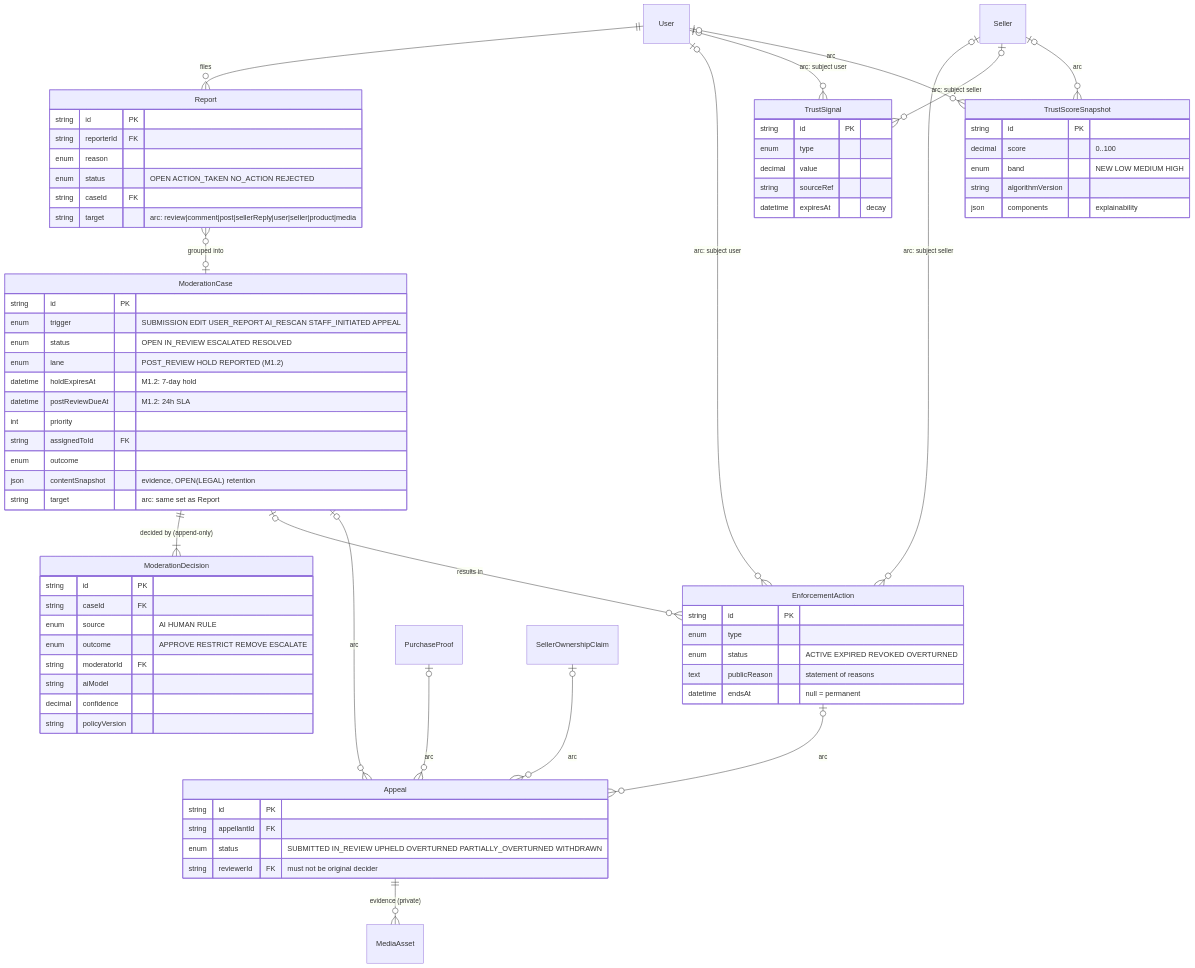
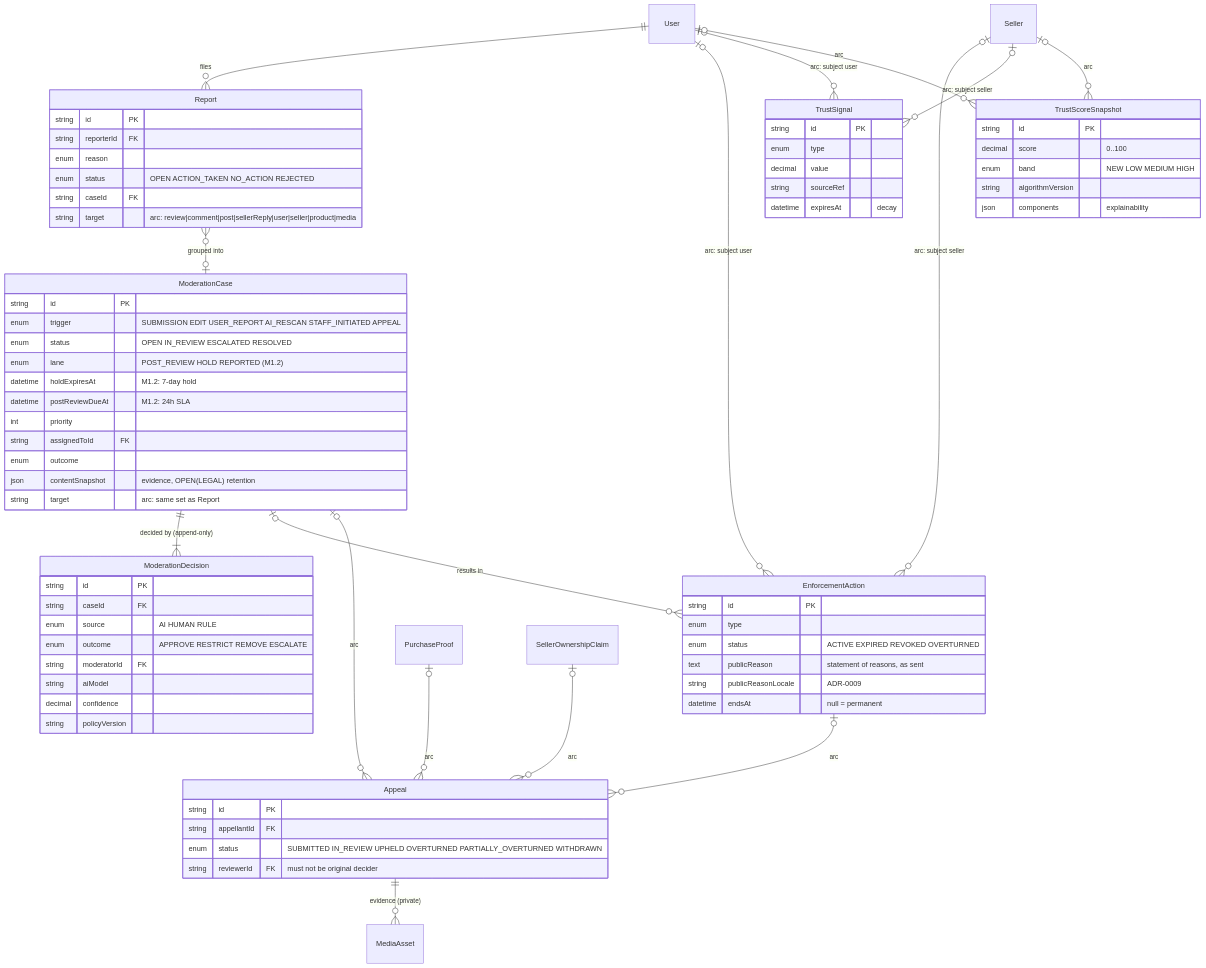
One commit to adeel4166/review-platform changed the sixth of 8 diagrams in docs/architecture/data-model.md. Above: the diagram before and after it, drawn with Mermaid. The commit also changed other lines of this file and 16 other files, not shown here.

````diff
--- a/docs/architecture/data-model.md
+++ b/docs/architecture/data-model.md
@@ -342,77 +346,78 @@
 ```mermaid
 erDiagram
   User ||--o{ Report : "files"
   Report }o--o| ModerationCase : "grouped into"
   ModerationCase ||--|{ ModerationDecision : "decided by (append-only)"
   ModerationCase |o--o{ EnforcementAction : "results in"
   User |o--o{ EnforcementAction : "arc: subject user"
   Seller |o--o{ EnforcementAction : "arc: subject seller"
   EnforcementAction |o--o{ Appeal : "arc"
   ModerationCase |o--o{ Appeal : "arc"
   PurchaseProof |o--o{ Appeal : "arc"
   SellerOwnershipClaim |o--o{ Appeal : "arc"
   Appeal ||--o{ MediaAsset : "evidence (private)"
   User |o--o{ TrustSignal : "arc: subject user"
   Seller |o--o{ TrustSignal : "arc: subject seller"
   User |o--o{ TrustScoreSnapshot : "arc"
   Seller |o--o{ TrustScoreSnapshot : "arc"
 
   Report {
     string id PK
     string reporterId FK
     enum reason
     enum status "OPEN ACTION_TAKEN NO_ACTION REJECTED"
     string caseId FK
     string target "arc: review|comment|post|sellerReply|user|seller|product|media"
   }
   ModerationCase {
     string id PK
     enum trigger "SUBMISSION EDIT USER_REPORT AI_RESCAN STAFF_INITIATED APPEAL"
     enum status "OPEN IN_REVIEW ESCALATED RESOLVED"
     enum lane "POST_REVIEW HOLD REPORTED (M1.2)"
     datetime holdExpiresAt "M1.2: 7-day hold"
     datetime postReviewDueAt "M1.2: 24h SLA"
     int priority
     string assignedToId FK
     enum outcome
     json contentSnapshot "evidence, OPEN(LEGAL) retention"
     string target "arc: same set as Report"
   }
   ModerationDecision {
     string id PK
     string caseId FK
     enum source "AI HUMAN RULE"
     enum outcome "APPROVE RESTRICT REMOVE ESCALATE"
     string moderatorId FK
     string aiModel
     decimal confidence
     string policyVersion
   }
   EnforcementAction {
     string id PK
     enum type
     enum status "ACTIVE EXPIRED REVOKED OVERTURNED"
-    text publicReason "statement of reasons"
+    text publicReason "statement of reasons, as sent"
+    string publicReasonLocale "ADR-0009"
     datetime endsAt "null = permanent"
   }
   Appeal {
     string id PK
     string appellantId FK
     enum status "SUBMITTED IN_REVIEW UPHELD OVERTURNED PARTIALLY_OVERTURNED WITHDRAWN"
     string reviewerId FK "must not be original decider"
   }
   TrustSignal {
     string id PK
     enum type
     decimal value
     string sourceRef
     datetime expiresAt "decay"
   }
   TrustScoreSnapshot {
     string id PK
     decimal score "0..100"
     enum band "NEW LOW MEDIUM HIGH"
     string algorithmVersion
     json components "explainability"
   }
 ```
````
